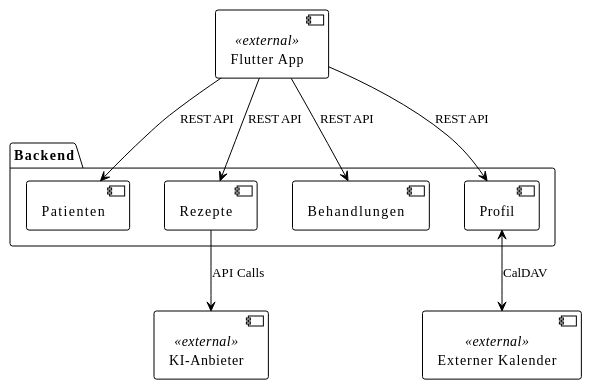
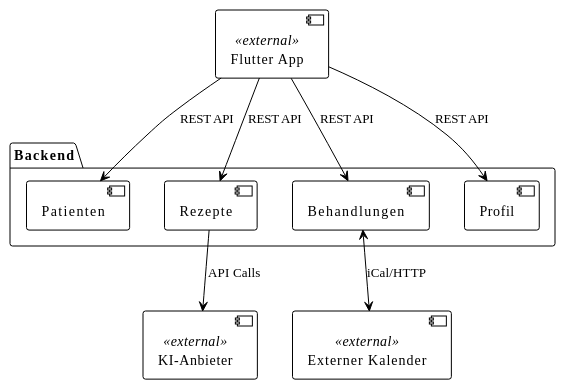
The third of 3 diagrams in docs/architektur/05-bausteinsicht.md (torbenkeller/physio_ai), drawn with PlantUML before and after one commit. The commit also changed other lines of this file and 34 other files, not shown here.

````diff
--- a/docs/architektur/05-bausteinsicht.md
+++ b/docs/architektur/05-bausteinsicht.md
@@ -103,29 +103,29 @@
 ```plantuml
 @startuml
 !theme plain
 
 [Flutter App] as CLIENT <<external>>
 
 package "Backend" {
   [Patienten] as PAT
   [Rezepte] as REZ
   [Behandlungen] as BEH
   [Profil] as PROF
 }
 
 [Externer Kalender] as EXTCAL <<external>>
 [KI-Anbieter] as EXTAI <<external>>
 
 ' External Dependencies from Flutter
 CLIENT --> PAT : REST API
 CLIENT --> REZ : REST API
 CLIENT --> BEH : REST API
 CLIENT --> PROF : REST API
 
 
 ' External Dependencies
-PROF <--> EXTCAL : CalDAV
+BEH <--> EXTCAL : iCal/HTTP
 REZ --> EXTAI : API Calls
 
 @enduml
 ```
````
